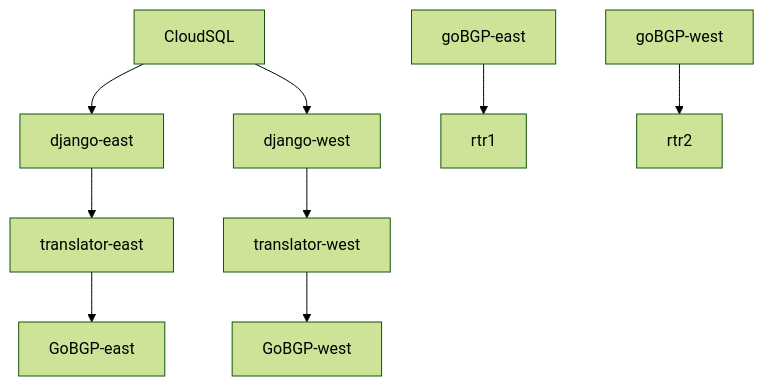
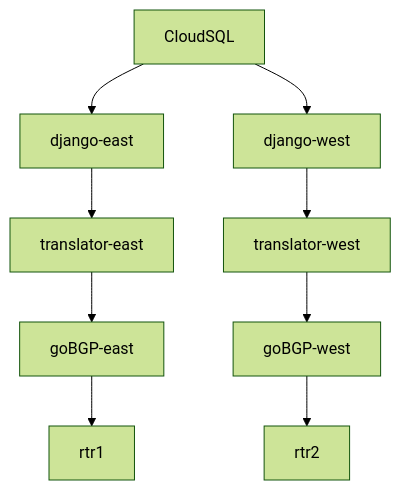
Before and after one commit to esnet-security/SCRAM: the diagram in docs/dependencies.md, drawn with Mermaid (forest theme).

Commit message:
graph nit

````diff
--- a/docs/dependencies.md
+++ b/docs/dependencies.md
@@ -3,11 +3,11 @@
 ```mermaid
 graph TD;
     CloudSQL-->django-east;
     CloudSQL-->django-west;
     django-east-->translator-east;
-    translator-east-->GoBGP-east;
+    translator-east-->goBGP-east;
     goBGP-east-->rtr1;
     django-west-->translator-west;
-    translator-west-->GoBGP-west;
+    translator-west-->goBGP-west;
     goBGP-west-->rtr2;
 ```
````
